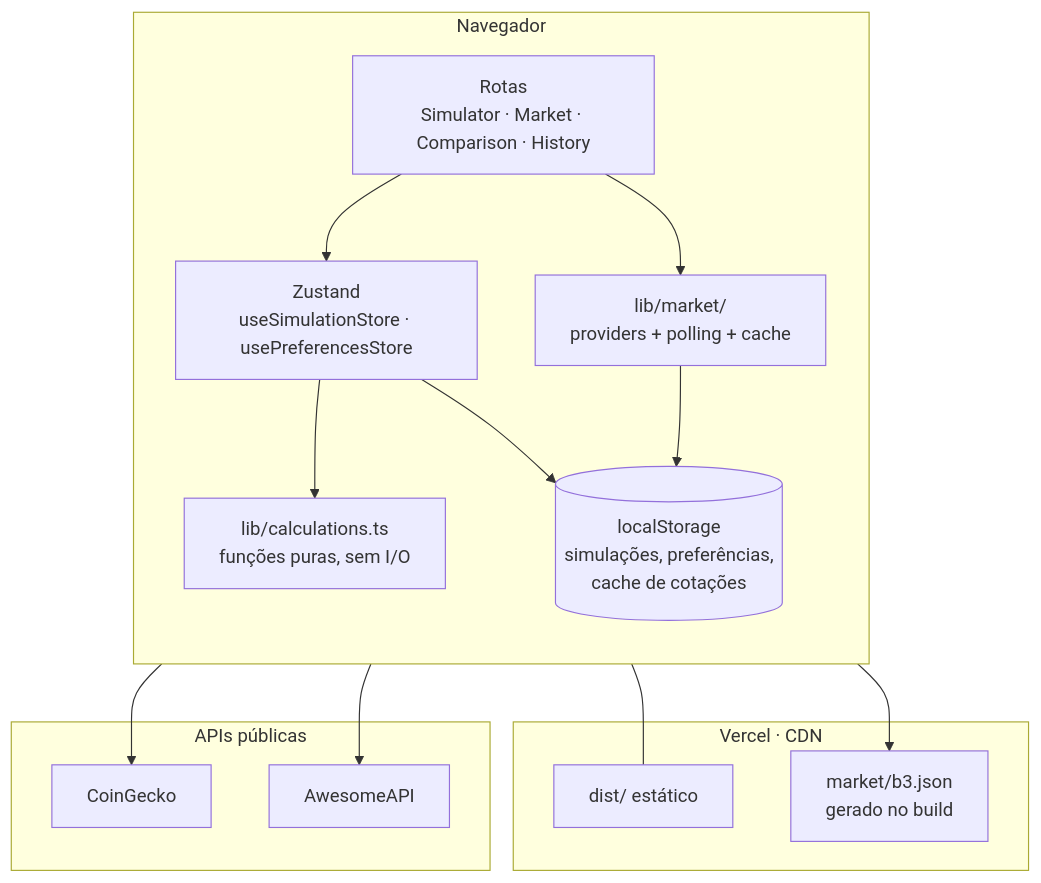
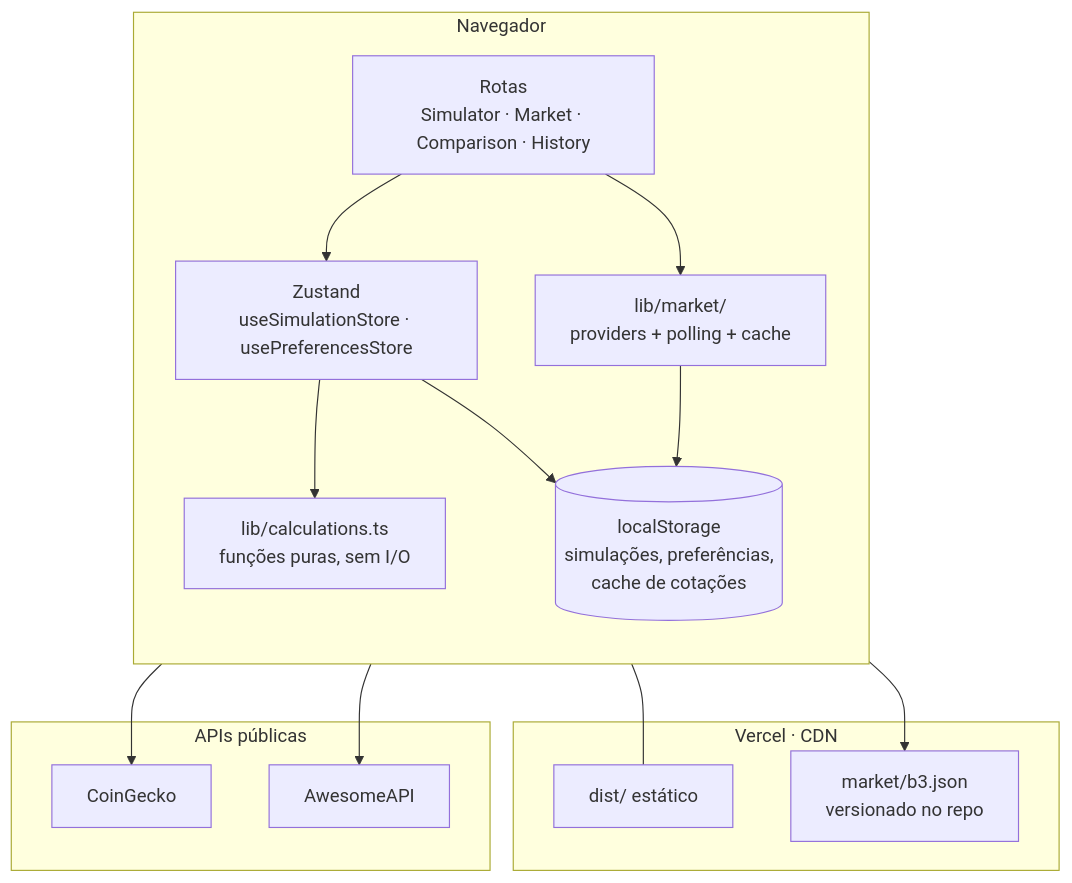
The first of 5 diagrams in README.md (cielioqueiroz/calculadora-investimentos), drawn with Mermaid before and after one commit. The commit also changed other lines of this file and 8 other files, not shown here.

````diff
--- a/README.md
+++ b/README.md
@@ -65,31 +65,31 @@
 ```mermaid
 flowchart TB
     subgraph browser["Navegador"]
         direction TB
         pages["Rotas<br/>Simulator · Market · Comparison · History"]
         stores["Zustand<br/>useSimulationStore · usePreferencesStore"]
         calc["lib/calculations.ts<br/>funções puras, sem I/O"]
         market["lib/market/<br/>providers + polling + cache"]
         storage[("localStorage<br/>simulações, preferências,<br/>cache de cotações")]
     end
 
     subgraph edge["Vercel · CDN"]
         static["dist/ estático"]
-        snapshot["market/b3.json<br/>gerado no build"]
+        snapshot["market/b3.json<br/>versionado no repo"]
     end
 
     subgraph ext["APIs públicas"]
         cg["CoinGecko"]
         aa["AwesomeAPI"]
     end
 
     pages --> stores
     stores --> calc
     pages --> market
     market --> storage
     stores --> storage
     market --> cg
     market --> aa
     market --> snapshot
     browser --- static
 ```
````
